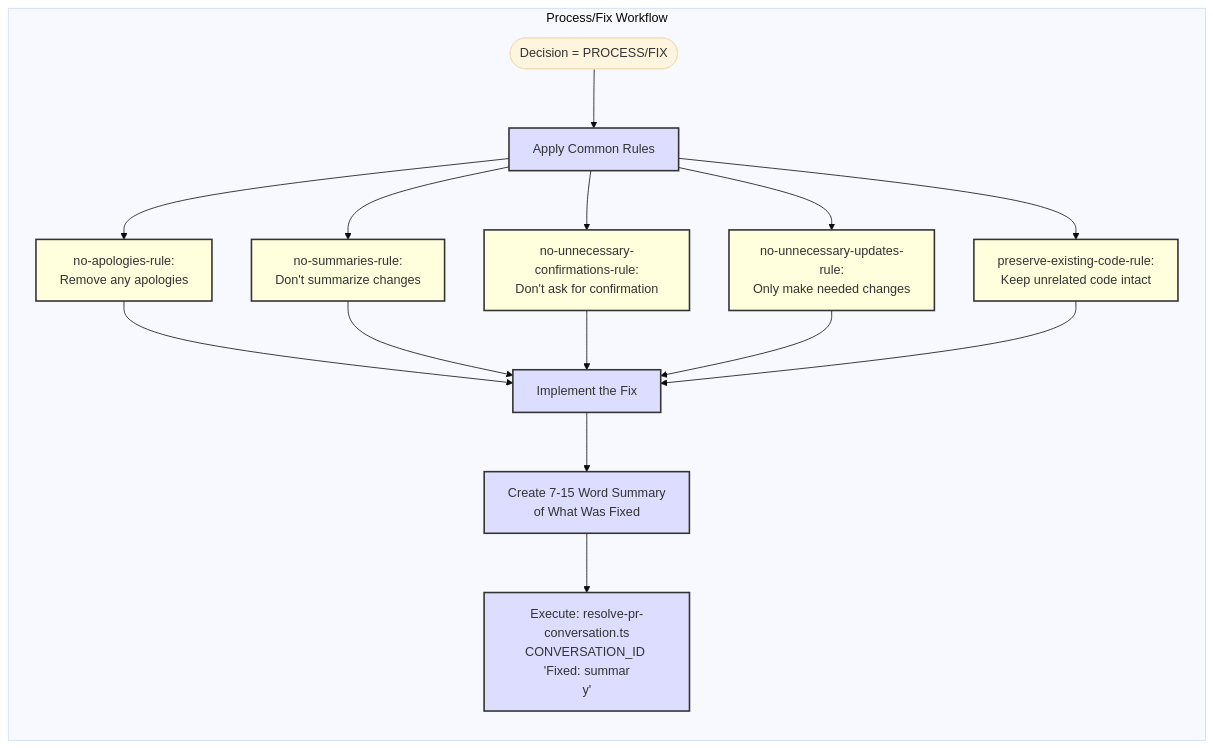
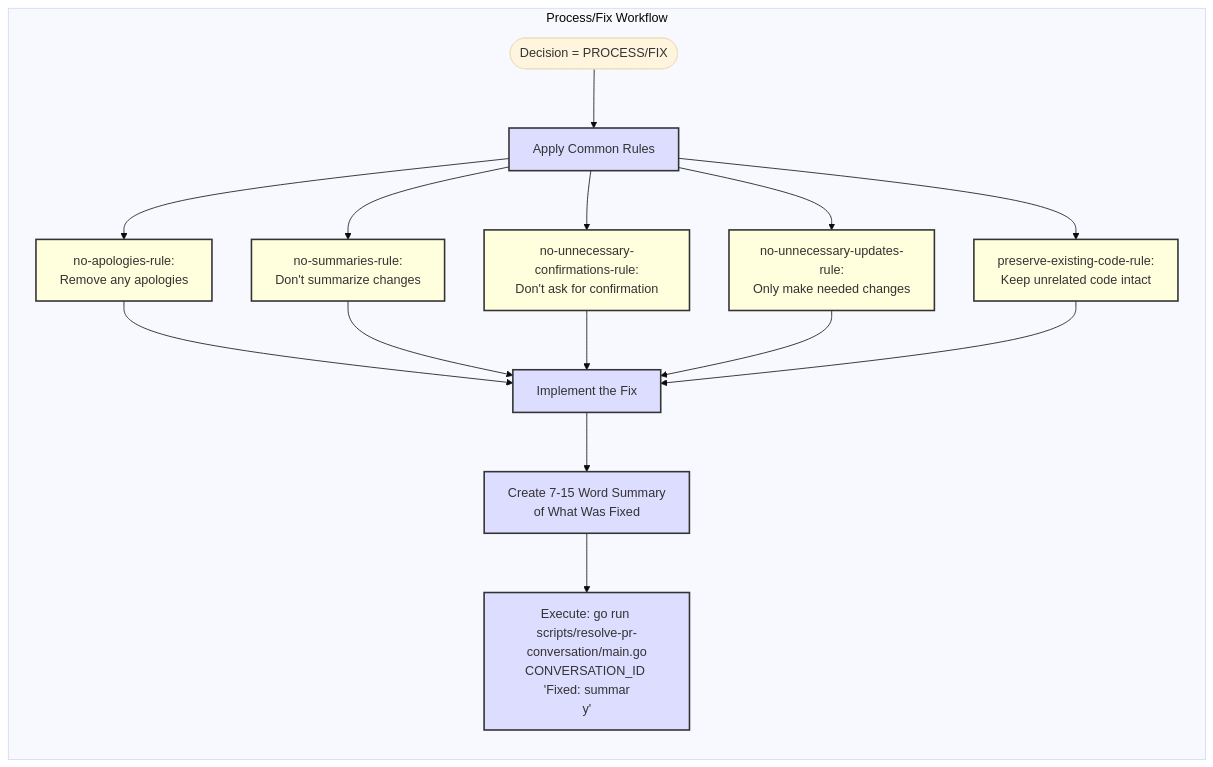
One commit to ondatra-ai/awesome-claude-mcp changed the second of 2 diagrams in .claude/commands/conversation-process.mdc. Above: the diagram before and after it, drawn with Mermaid (base theme). The commit also changed other lines of this file and 10 other files, not shown here.

````diff
--- a/.claude/commands/conversation-process.mdc
+++ b/.claude/commands/conversation-process.mdc
@@ -101,31 +101,31 @@
 ```mermaid
 flowchart LR
     subgraph ProcessFix[Process/Fix Workflow]
         direction TB
         Start2([Decision = PROCESS/FIX]) --> ApplyRules[Apply Common Rules]
 
         ApplyRules --> Rule1[no-apologies-rule:<br/>Remove any apologies]
         ApplyRules --> Rule2[no-summaries-rule:<br/>Don't summarize changes]
         ApplyRules --> Rule3[no-unnecessary-confirmations-rule:<br/>Don't ask for confirmation]
         ApplyRules --> Rule4[no-unnecessary-updates-rule:<br/>Only make needed changes]
         ApplyRules --> Rule5[preserve-existing-code-rule:<br/>Keep unrelated code intact]
 
         Rule1 --> ImplementFix[Implement the Fix]
         Rule2 --> ImplementFix
         Rule3 --> ImplementFix
         Rule4 --> ImplementFix
         Rule5 --> ImplementFix
 
         ImplementFix --> CreateComment[Create 7-15 Word Summary<br/>of What Was Fixed]
-        CreateComment --> ResolveConv[Execute: resolve-pr-conversation.ts<br/>CONVERSATION_ID 'Fixed: summar
+        CreateComment --> ResolveConv[Execute: go run scripts/resolve-pr-conversation/main.go<br/>CONVERSATION_ID 'Fixed: summar
 y']
 
     end
 
     %% Styling
     classDef rules fill:#ffd,stroke:#333,stroke-width:2px
     classDef process fill:#ddf,stroke:#333,stroke-width:2px
 
     class Rule1,Rule2,Rule3,Rule4,Rule5 rules
     class ApplyRules,ImplementFix,CreateComment,ResolveConv process
 ```
````
